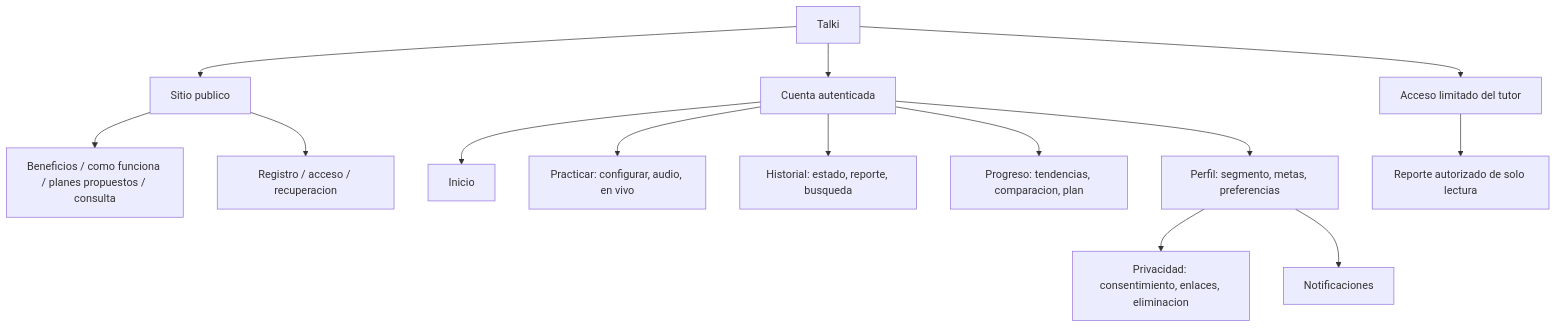
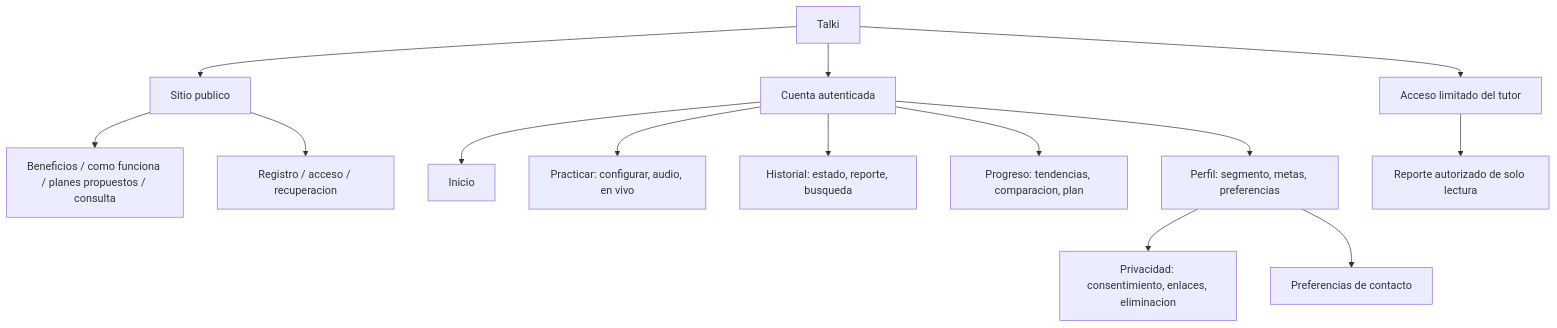
Before and after one commit to upc-pre-202620-si728-16365-thropic/talki-project-report: the diagram in assets/diagrams/ux/information-architecture.mmd, drawn with Mermaid. The commit also changed 33 other files, not shown here.

Commit message:
docs: retirar fuentes editables y alinear texto y diagramas

```diff
--- a/assets/diagrams/ux/information-architecture.mmd
+++ b/assets/diagrams/ux/information-architecture.mmd
@@ -1,14 +1,14 @@
 flowchart TB
   root["Talki"] --> public["Sitio publico"]
   root --> account["Cuenta autenticada"]
   root --> limited["Acceso limitado del tutor"]
   public --> landing["Beneficios / como funciona / planes propuestos / consulta"]
   public --> auth["Registro / acceso / recuperacion"]
   account --> home["Inicio"]
   account --> practice["Practicar: configurar, audio, en vivo"]
   account --> history["Historial: estado, reporte, busqueda"]
   account --> progress["Progreso: tendencias, comparacion, plan"]
   account --> profile["Perfil: segmento, metas, preferencias"]
   profile --> privacy["Privacidad: consentimiento, enlaces, eliminacion"]
-  profile --> notifications["Notificaciones"]
+  profile --> notifications["Preferencias de contacto"]
   limited --> report["Reporte autorizado de solo lectura"]
```
